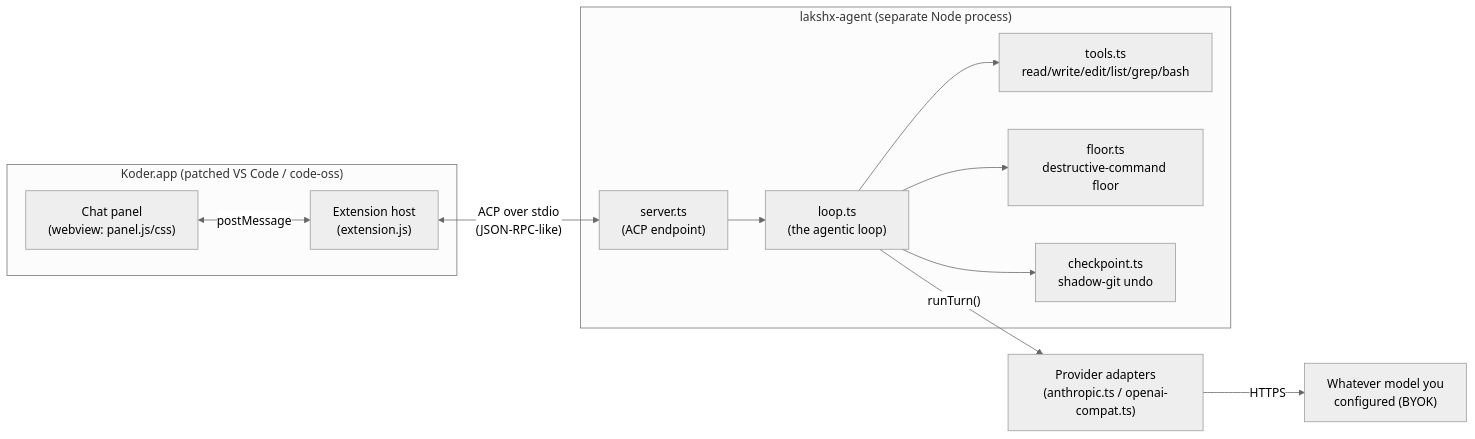
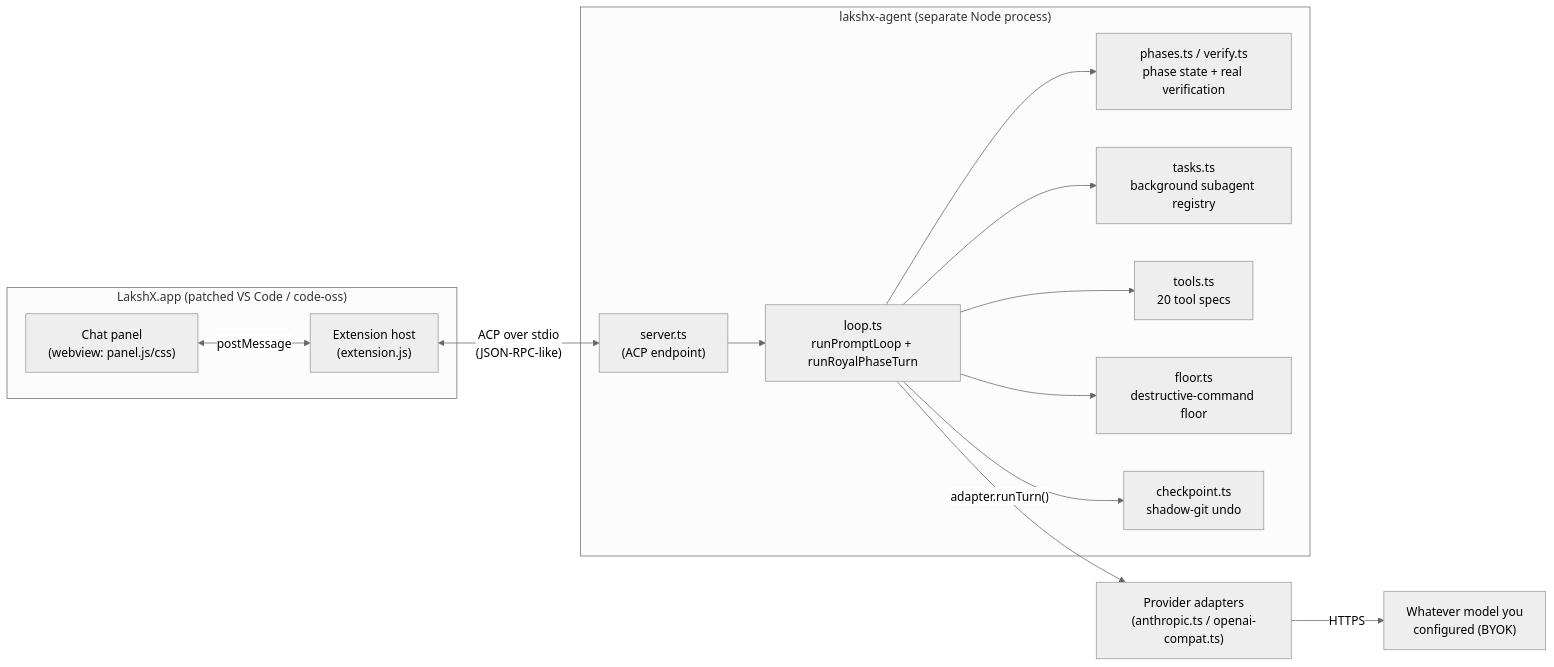
Before and after one commit to BeastxD7/LakshX-IDE: the first of 3 diagrams in docs/architecture.md, drawn with Mermaid (neutral theme). The commit also changed other lines of this file, not shown here.

````diff
--- a/docs/architecture.md
+++ b/docs/architecture.md
@@ -17,21 +25,25 @@
 ```mermaid
 flowchart LR
-    subgraph Editor["Koder.app (patched VS Code / code-oss)"]
+    subgraph Editor["LakshX.app (patched VS Code / code-oss)"]
         WV["Chat panel<br/>(webview: panel.js/css)"]
         EXT["Extension host<br/>(extension.js)"]
         WV <-- "postMessage" --> EXT
     end
     subgraph Agent["lakshx-agent (separate Node process)"]
         SRV["server.ts<br/>(ACP endpoint)"]
-        LOOP["loop.ts<br/>(the agentic loop)"]
-        TOOLS["tools.ts<br/>read/write/edit/list/grep/bash"]
+        LOOP["loop.ts<br/>runPromptLoop + runRoyalPhaseTurn"]
+        PHASE["phases.ts / verify.ts<br/>phase state + real verification"]
+        TASKS["tasks.ts<br/>background subagent registry"]
+        TOOLS["tools.ts<br/>20 tool specs"]
         FLOOR["floor.ts<br/>destructive-command floor"]
         CKPT["checkpoint.ts<br/>shadow-git undo"]
         SRV --> LOOP --> TOOLS
+        LOOP --> PHASE
+        LOOP --> TASKS
         LOOP --> FLOOR
         LOOP --> CKPT
     end
     EXT <-- "ACP over stdio<br/>(JSON-RPC-like)" --> SRV
-    LOOP -- "runTurn()" --> PROV["Provider adapters<br/>(anthropic.ts / openai-compat.ts)"]
+    LOOP -- "adapter.runTurn()" --> PROV["Provider adapters<br/>(anthropic.ts / openai-compat.ts)"]
     PROV -- "HTTPS" --> API["Whatever model you<br/>configured (BYOK)"]
 ```
````
